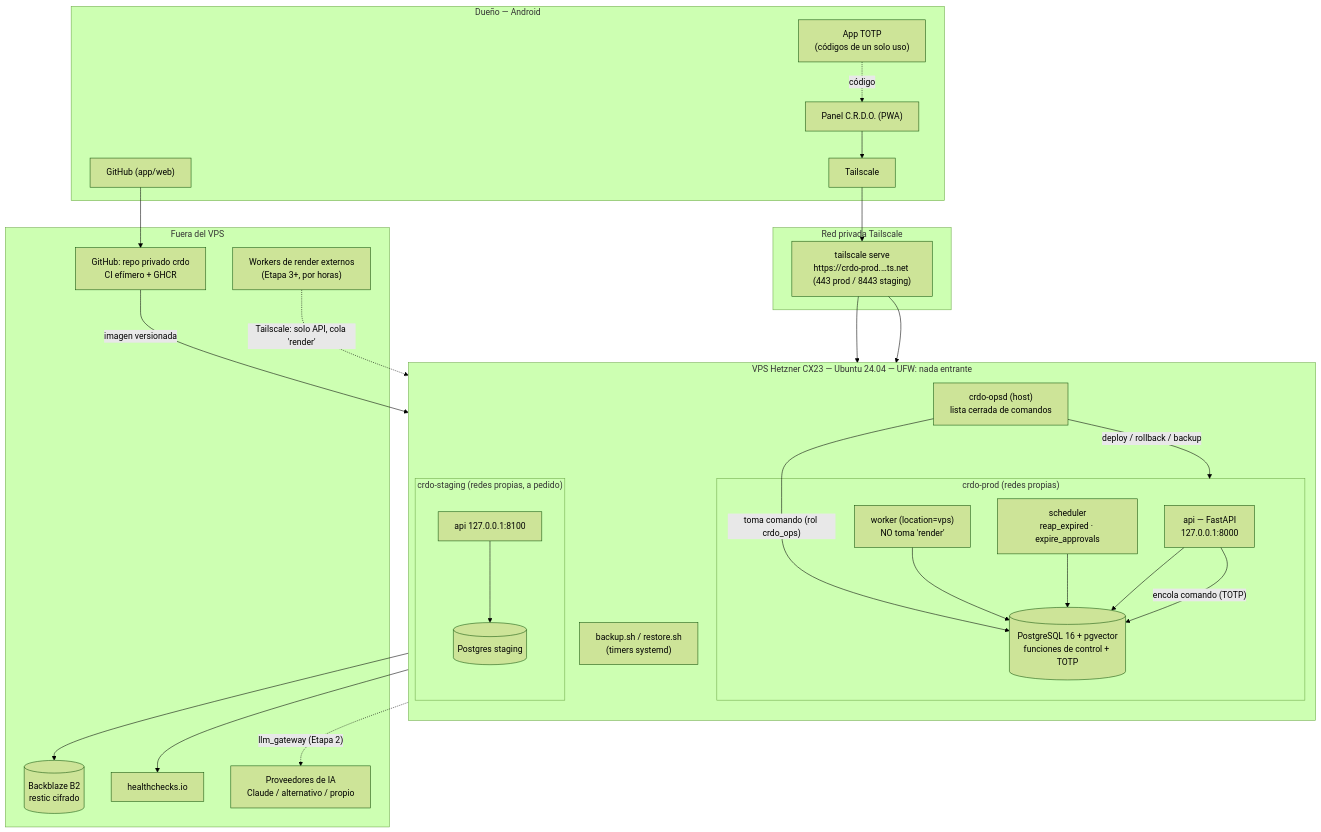
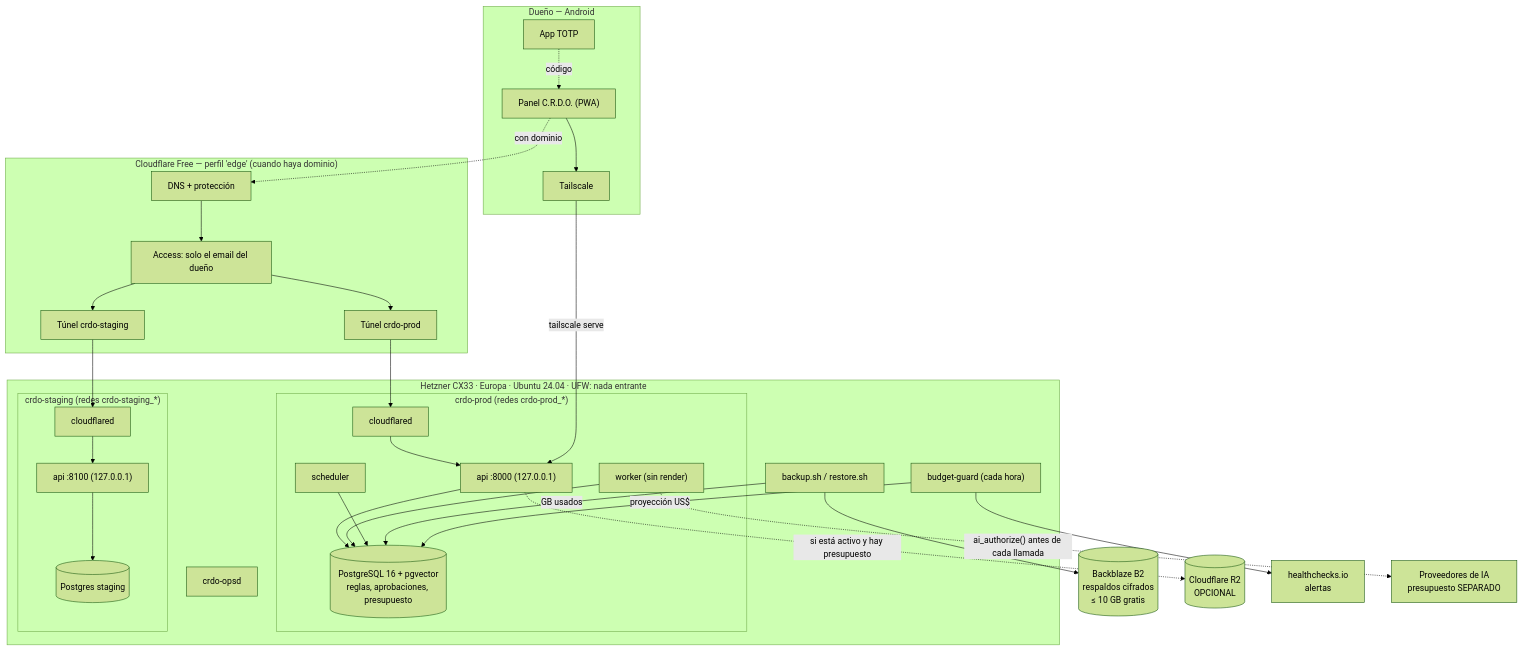
The first of 2 diagrams in crdo/docs/ETAPA-1-DISENO.md (damiancardozoortiz-gif/Radar), drawn with Mermaid (forest theme) before and after one commit. The commit also changed other lines of this file and 18 other files, not shown here.

First line of the commit message:
C.R.D.O. Etapa 1 v3: presupuesto oficial de US$ 20/mes y CX33 en Europa

````diff
--- a/crdo/docs/ETAPA-1-DISENO.md
+++ b/crdo/docs/ETAPA-1-DISENO.md
@@ -160,51 +51,46 @@
 ```mermaid
 flowchart TB
   subgraph PHONE["Dueño — Android"]
     PWA["Panel C.R.D.O. (PWA)"]
-    AEGIS["App TOTP<br/>(códigos de un solo uso)"]
-    TSAPP["Tailscale"]
-    GHAPP["GitHub (app/web)"]
+    TOTP["App TOTP"]
+    TS["Tailscale"]
   end
 
-  subgraph TAILNET["Red privada Tailscale"]
-    SERVE["tailscale serve<br/>https://crdo-prod.…ts.net (443 prod / 8443 staging)"]
+  subgraph CF["Cloudflare Free — perfil 'edge' (cuando haya dominio)"]
+    DNS["DNS + protección"]
+    ACC["Access: solo el email del dueño"]
+    TUN_P["Túnel crdo-prod"]
+    TUN_S["Túnel crdo-staging"]
   end
 
-  subgraph VPS["VPS Hetzner CX23 — Ubuntu 24.04 — UFW: nada entrante"]
-    direction TB
-    subgraph PROD["crdo-prod (redes propias)"]
-      API["api — FastAPI<br/>127.0.0.1:8000"]
-      WORKER["worker (location=vps)<br/>NO toma 'render'"]
-      SCHED["scheduler<br/>reap_expired · expire_approvals"]
-      PG[("PostgreSQL 16 + pgvector<br/>funciones de control + TOTP")]
+  subgraph VPS["Hetzner CX33 · Europa · Ubuntu 24.04 · UFW: nada entrante"]
+    subgraph PROD["crdo-prod (redes crdo-prod_*)"]
+      CFD_P["cloudflared"] --> API["api :8000 (127.0.0.1)"]
+      API --> PG[("PostgreSQL 16 + pgvector<br/>reglas, aprobaciones, presupuesto")]
+      WK["worker (sin render)"] --> PG
+      SC["scheduler"] --> PG
     end
-    subgraph STG["crdo-staging (redes propias, a pedido)"]
-      API_S["api 127.0.0.1:8100"] --> PG_S[("Postgres staging")]
+    subgraph STG["crdo-staging (redes crdo-staging_*)"]
+      CFD_S["cloudflared"] --> API_S["api :8100 (127.0.0.1)"] --> PG_S[("Postgres staging")]
     end
-    OPSD["crdo-opsd (host)<br/>lista cerrada de comandos"]
-    BK["backup.sh / restore.sh<br/>(timers systemd)"]
+    GUARD["budget-guard (cada hora)"]
+    OPSD["crdo-opsd"]
+    BK["backup.sh / restore.sh"]
   end
 
-  subgraph EXT["Fuera del VPS"]
-    B2[("Backblaze B2<br/>restic cifrado")]
-    HC["healthchecks.io"]
-    GH["GitHub: repo privado crdo<br/>CI efímero + GHCR"]
-    RENDER["Workers de render externos<br/>(Etapa 3+, por horas)"]
-    LLM["Proveedores de IA<br/>Claude / alternativo / propio"]
-  end
+  B2[("Backblaze B2<br/>respaldos cifrados<br/>≤ 10 GB gratis")]
+  R2[("Cloudflare R2<br/>OPCIONAL")]
+  HC["healthchecks.io<br/>alertas"]
+  AI["Proveedores de IA<br/>presupuesto SEPARADO"]
 
-  PWA --> TSAPP --> SERVE --> API
-  SERVE --> API_S
-  AEGIS -. "código" .-> PWA
-  API --> PG
-  WORKER --> PG
-  SCHED --> PG
-  API -- "encola comando (TOTP)" --> PG
-  OPSD -- "toma comando (rol crdo_ops)" --> PG
-  OPSD -- "deploy / rollback / backup" --> PROD
+  PWA --> TS -- "tailscale serve" --> API
+  PWA -. "con dominio" .-> DNS --> ACC --> TUN_P --> CFD_P
+  ACC --> TUN_S --> CFD_S
+  TOTP -. código .-> PWA
   BK --> B2
-  BK --> HC
-  GHAPP --> GH -- "imagen versionada" --> OPSD
-  RENDER -. "Tailscale: solo API, cola 'render'" .-> API
-  WORKER -. "llm_gateway (Etapa 2)" .-> LLM
+  BK -- "GB usados" --> PG
+  GUARD -- "proyección US$" --> PG
+  GUARD --> HC
+  API -. "si está activo y hay presupuesto" .-> R2
+  WK -. "ai_authorize() antes de cada llamada" .-> AI
 ```
````
